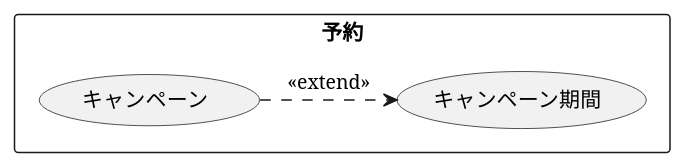
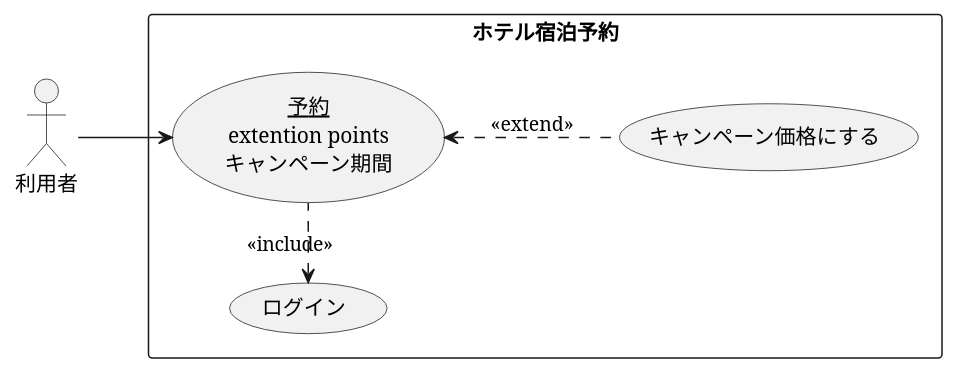
Before and after one commit to TTaKesAwA/uml-intro: the diagram in 演習2-4_キャンペーン中のホテル宿泊予約.pu, drawn with PlantUML.

Commit message:
課題の修正

```diff
--- a/演習2-4_キャンペーン中のホテル宿泊予約.pu
+++ b/演習2-4_キャンペーン中のホテル宿泊予約.pu
@@ -1,7 +1,14 @@
-@startuml キャンペーン
-rectangle 予約 {
-usecase キャンペーン期間
-usecase キャンペーン
+@startuml ユースケース図
+left to right direction
+
+actor 利用者
+rectangle ホテル宿泊予約 {
+usecase キャンペーン価格にする
+usecase (<u>予約</u>\nextention points\nキャンペーン期間) as text
+usecase ログイン
 }
-キャンペーン .> キャンペーン期間 : << extend >>
+
+ログイン <. text : << include >>
+利用者 --> text
+text <.. キャンペーン価格にする : << extend >>
 @enduml
```
